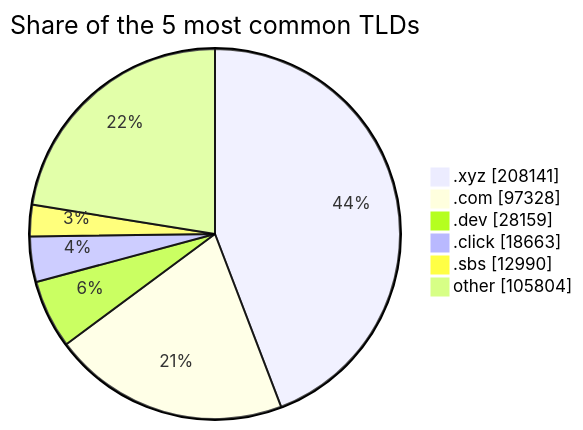
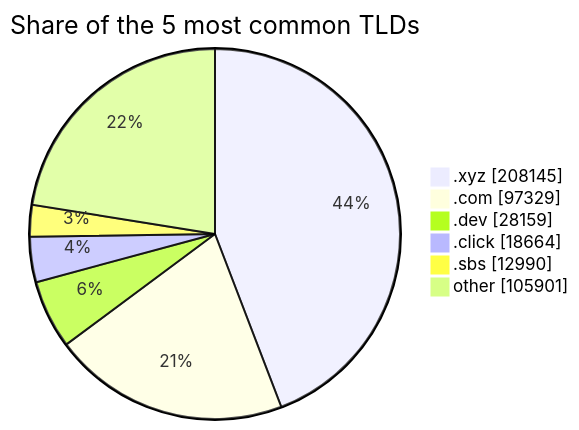
The second of 2 diagrams in README.md (DNSBunker/CTI), drawn with Mermaid before and after one commit. The commit also changed other lines of this file and 3 other files, not shown here.

````diff
--- a/README.md
+++ b/README.md
@@ -72,9 +72,9 @@
 ```mermaid
 pie showData title Share of the 5 most common TLDs
-    ".xyz" : 208141
-    ".com" : 97328
+    ".xyz" : 208145
+    ".com" : 97329
     ".dev" : 28159
-    ".click" : 18663
+    ".click" : 18664
     ".sbs" : 12990
-    "other" : 105804
+    "other" : 105901
 ```
````
